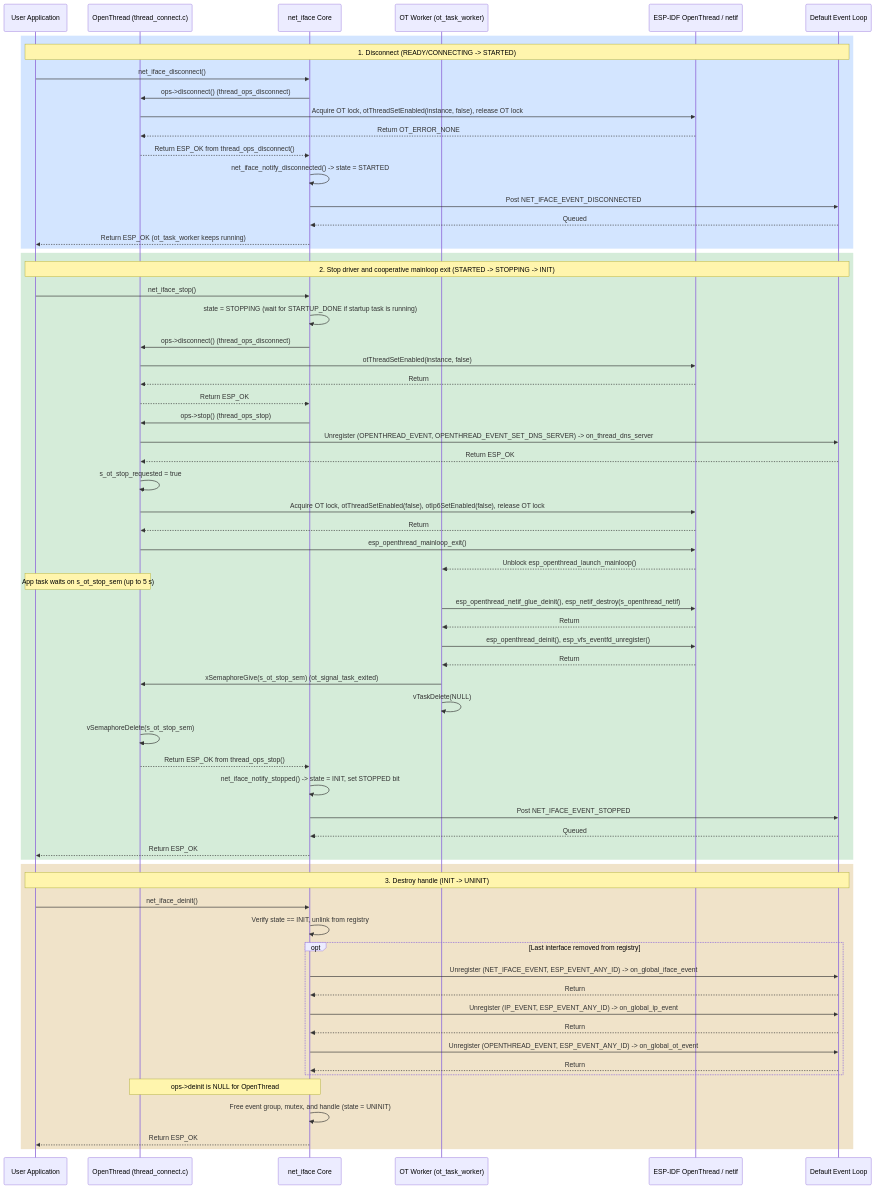
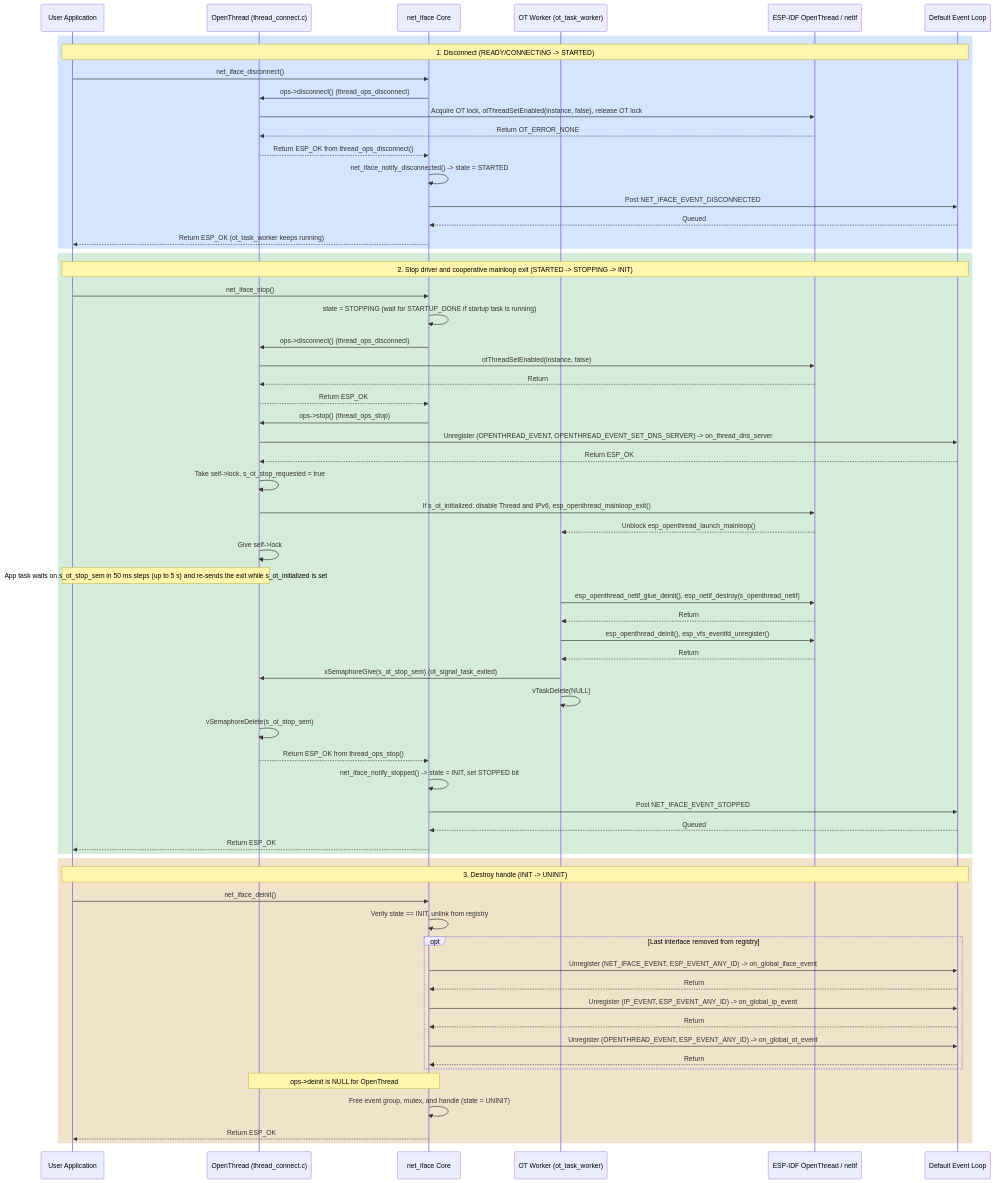
The second of 4 diagrams in components/net_connect/docs/CORE_LIFECYCLE_THREAD.md (espressif/esp-protocols), drawn with Mermaid before and after one commit. The commit also changed other lines of this file and 13 other files, not shown here.

````diff
--- a/components/net_connect/docs/CORE_LIFECYCLE_THREAD.md
+++ b/components/net_connect/docs/CORE_LIFECYCLE_THREAD.md
@@ -133,70 +133,69 @@
 ```mermaid
 sequenceDiagram
     participant App as User Application
     participant Thread as OpenThread (thread_connect.c)
     participant Core as net_iface Core
     participant Worker as OT Worker (ot_task_worker)
     participant IDF as ESP-IDF OpenThread / netif
     participant EventLoop as Default Event Loop
 
     rect rgba(56,139,253,0.22)
     Note over App,EventLoop: 1. Disconnect (READY/CONNECTING -> STARTED)
     App->>Core: net_iface_disconnect()
     Core->>Thread: ops->disconnect() (thread_ops_disconnect)
     Thread->>IDF: Acquire OT lock, otThreadSetEnabled(instance, false), release OT lock
     IDF-->>Thread: Return OT_ERROR_NONE
     Thread-->>Core: Return ESP_OK from thread_ops_disconnect()
     Core->>Core: net_iface_notify_disconnected() -> state = STARTED
     Core->>EventLoop: Post NET_IFACE_EVENT_DISCONNECTED
     EventLoop-->>Core: Queued
     Core-->>App: Return ESP_OK (ot_task_worker keeps running)
     end
 
     rect rgba(46,160,67,0.20)
     Note over App,EventLoop: 2. Stop driver and cooperative mainloop exit (STARTED -> STOPPING -> INIT)
     App->>Core: net_iface_stop()
     Core->>Core: state = STOPPING (wait for STARTUP_DONE if startup task is running)
     Core->>Thread: ops->disconnect() (thread_ops_disconnect)
     Thread->>IDF: otThreadSetEnabled(instance, false)
     IDF-->>Thread: Return
     Thread-->>Core: Return ESP_OK
     Core->>Thread: ops->stop() (thread_ops_stop)
     Thread->>EventLoop: Unregister (OPENTHREAD_EVENT, OPENTHREAD_EVENT_SET_DNS_SERVER) -> on_thread_dns_server
     EventLoop-->>Thread: Return ESP_OK
-    Thread->>Thread: s_ot_stop_requested = true
-    Thread->>IDF: Acquire OT lock, otThreadSetEnabled(false), otIp6SetEnabled(false), release OT lock
-    IDF-->>Thread: Return
-    Thread->>IDF: esp_openthread_mainloop_exit()
+    Thread->>Thread: Take self->lock, s_ot_stop_requested = true
+    Thread->>IDF: If s_ot_initialized: disable Thread and IPv6, esp_openthread_mainloop_exit()
     IDF-->>Worker: Unblock esp_openthread_launch_mainloop()
-    Note over App,Thread: App task waits on s_ot_stop_sem (up to 5 s)
+    Thread->>Thread: Give self->lock
+    Note over App,Thread: App task waits on s_ot_stop_sem in 50 ms steps (up to 5 s) and re-sends the exit while s_ot_initialized is set
     Worker->>IDF: esp_openthread_netif_glue_deinit(), esp_netif_destroy(s_openthread_netif)
     IDF-->>Worker: Return
     Worker->>IDF: esp_openthread_deinit(), esp_vfs_eventfd_unregister()
     IDF-->>Worker: Return
     Worker->>Thread: xSemaphoreGive(s_ot_stop_sem) (ot_signal_task_exited)
     Worker->>Worker: vTaskDelete(NULL)
     Thread->>Thread: vSemaphoreDelete(s_ot_stop_sem)
     Thread-->>Core: Return ESP_OK from thread_ops_stop()
     Core->>Core: net_iface_notify_stopped() -> state = INIT, set STOPPED bit
     Core->>EventLoop: Post NET_IFACE_EVENT_STOPPED
     EventLoop-->>Core: Queued
     Core-->>App: Return ESP_OK
     end
 
     rect rgba(187,128,9,0.22)
     Note over App,EventLoop: 3. Destroy handle (INIT -> UNINIT)
     App->>Core: net_iface_deinit()
     Core->>Core: Verify state == INIT, unlink from registry
     opt Last interface removed from registry
         Core->>EventLoop: Unregister (NET_IFACE_EVENT, ESP_EVENT_ANY_ID) -> on_global_iface_event
         EventLoop-->>Core: Return
         Core->>EventLoop: Unregister (IP_EVENT, ESP_EVENT_ANY_ID) -> on_global_ip_event
         EventLoop-->>Core: Return
         Core->>EventLoop: Unregister (OPENTHREAD_EVENT, ESP_EVENT_ANY_ID) -> on_global_ot_event
         EventLoop-->>Core: Return
     end
     Note over Core,Thread: ops->deinit is NULL for OpenThread
     Core->>Core: Free event group, mutex, and handle (state = UNINIT)
     Core-->>App: Return ESP_OK
     end
 ```
````
